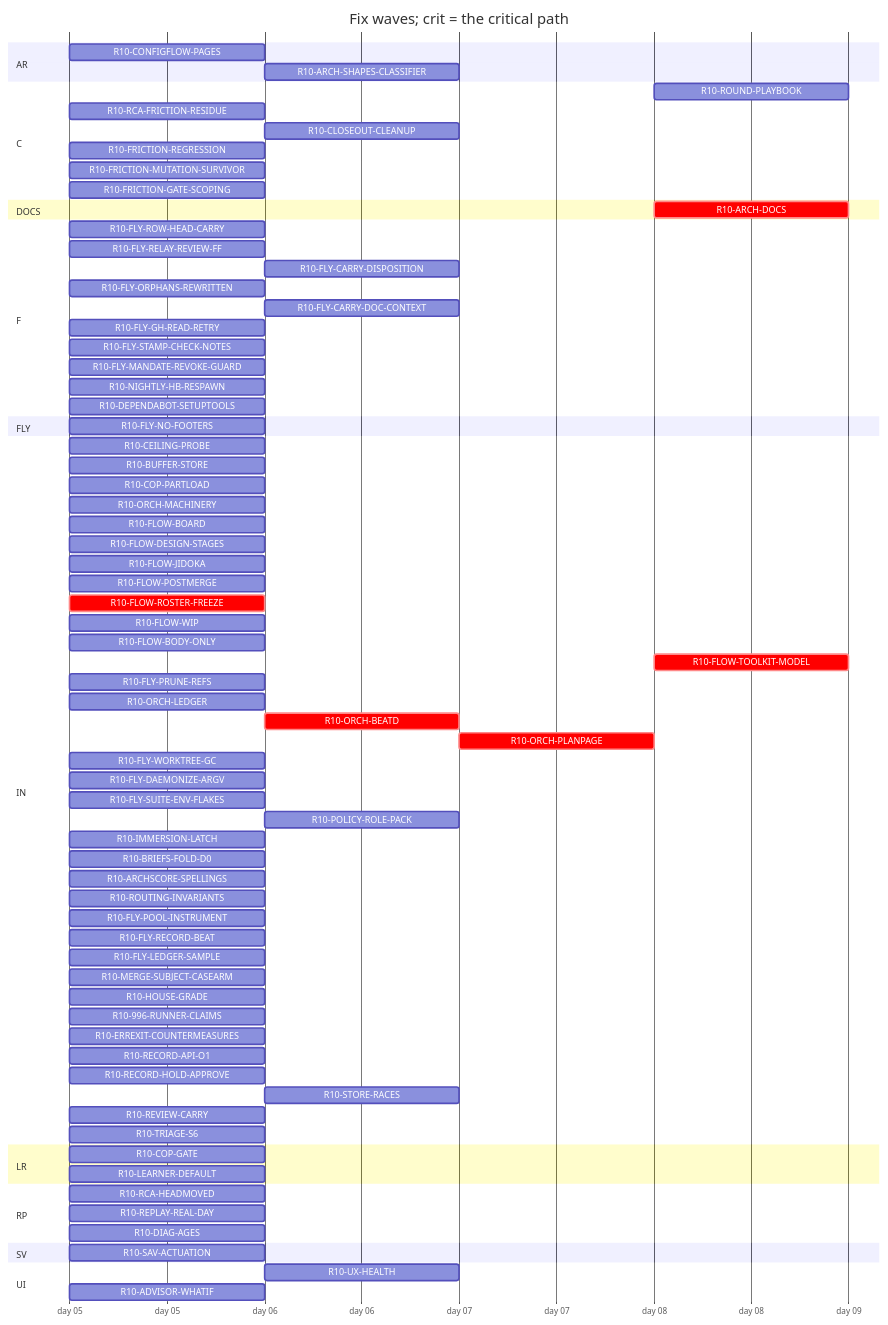
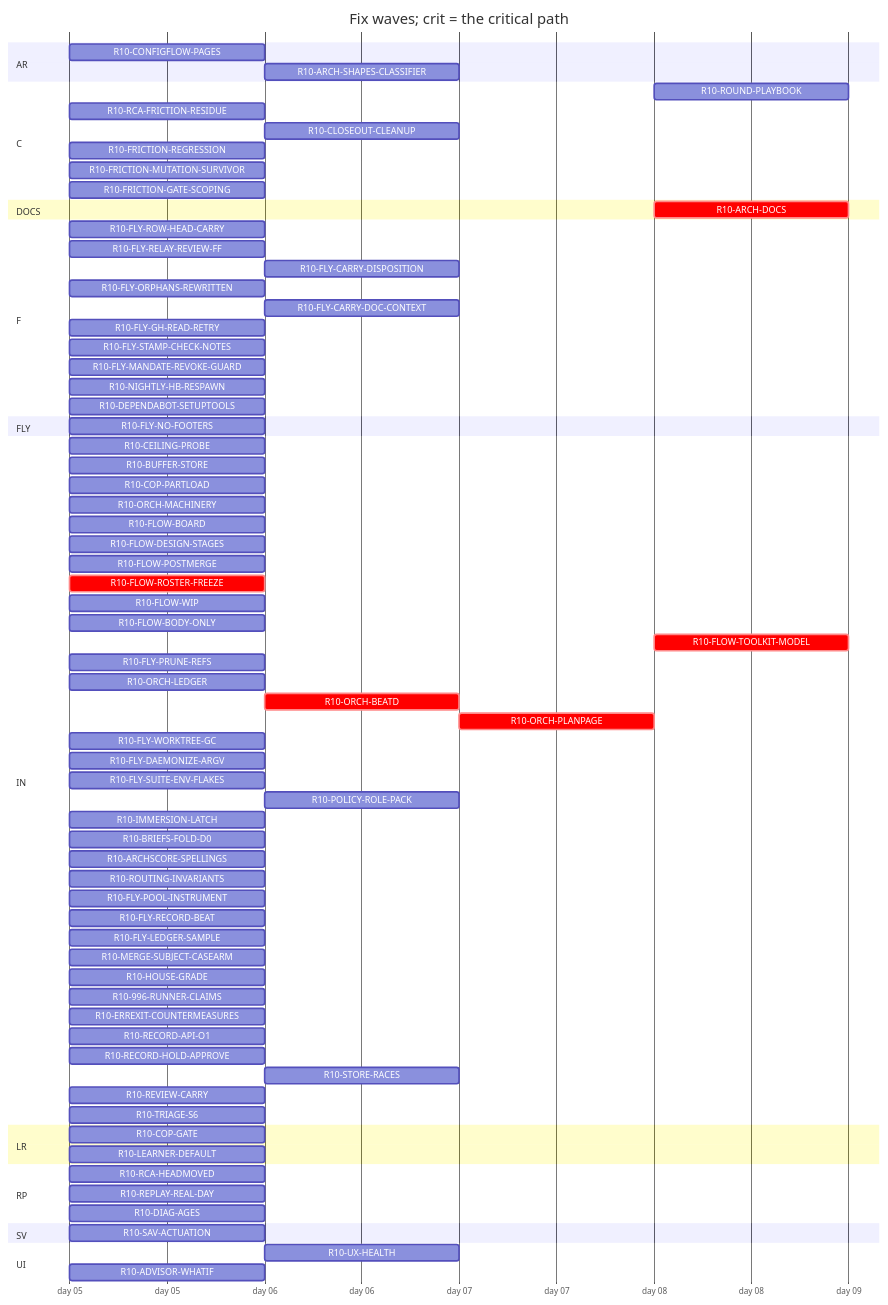
One commit to tvofi/heatpump_optimizer changed the diagram in handoff/round10/state/PLAN-TABLE.md. Above: the diagram before and after it, drawn with Mermaid. The commit also changed other lines of this file and 2 other files, not shown here.

````diff
--- a/handoff/round10/state/PLAN-TABLE.md
+++ b/handoff/round10/state/PLAN-TABLE.md
@@ -23,80 +23,79 @@
 ```mermaid
 gantt
   title Fix waves; crit = the critical path
   dateFormat YYYY-MM-DD
   axisFormat day %d
   section AR
     R10-CONFIGFLOW-PAGES :r10CONFIGFLOWPAGES, 2026-01-05, 1d
     R10-ARCH-SHAPES-CLASSIFIER :r10ARCHSHAPESCLASSIFIER, after r10996RUNNERCLAIMS, 1d
   section C
     R10-ROUND-PLAYBOOK :r10ROUNDPLAYBOOK, after r10ORCHLEDGER r10ORCHBEATD r10ORCHPLANPAGE r10FLYRELAYREVIEWFF r10FLOWROSTERFREEZE r10FLOWBODYONLY, 1d
     R10-RCA-FRICTION-RESIDUE :r10RCAFRICTIONRESIDUE, 2026-01-05, 1d
     R10-CLOSEOUT-CLEANUP :r10CLOSEOUTCLEANUP, after r10FLYPRUNEREFS r10FLYWORKTREEGC, 1d
     R10-FRICTION-REGRESSION :r10FRICTIONREGRESSION, 2026-01-05, 1d
     R10-FRICTION-MUTATION-SURVIVOR :r10FRICTIONMUTATIONSURVIVOR, 2026-01-05, 1d
     R10-FRICTION-GATE-SCOPING :r10FRICTIONGATESCOPING, 2026-01-05, 1d
   section DOCS
-    R10-ARCH-DOCS :crit, r10ARCHDOCS, after r10COPGATE r10UXHEALTH r10CONFIGFLOWPAGES r10RCAHEADMOVED r10CEILINGPROBE r10BUFFERSTORE r10COPPARTLOAD r10LEARNERDEFAULT r10FLOWBOARD r10FLOWDESIGNSTAGES r10FLOWJIDOKA r10FLOWPOSTMERGE r10FLOWROSTERFREEZE r10FLOWWIP r10FLOWBODYONLY r10FLYROWHEADCARRY r10FLYRELAYREVIEWFF r10FLYCARRYDISPOSITION r10FLYORPHANSREWRITTEN r10FLYCARRYDOCCONTEXT r10FLOWTOOLKITMODEL r10FLYSTAMPCHECKNOTES r10FLYMANDATEREVOKEGUARD r10RCAFRICTIONRESIDUE r10NIGHTLYHBRESPAWN r10FLYPRUNEREFS r10ORCHLEDGER r10ORCHBEATD r10ORCHPLANPAGE r10FLYWORKTREEGC r10FLYDAEMONIZEARGV r10POLICYROLEPACK r10IMMERSIONLATCH r10BRIEFSFOLDD0 r10REPLAYREALDAY r10ARCHSCORESPELLINGS r10SAVACTUATION r10FLYLEDGERSAMPLE, 1d
+    R10-ARCH-DOCS :crit, r10ARCHDOCS, after r10COPGATE r10UXHEALTH r10CONFIGFLOWPAGES r10RCAHEADMOVED r10CEILINGPROBE r10BUFFERSTORE r10COPPARTLOAD r10LEARNERDEFAULT r10FLOWBOARD r10FLOWDESIGNSTAGES r10FLOWPOSTMERGE r10FLOWROSTERFREEZE r10FLOWWIP r10FLOWBODYONLY r10FLYROWHEADCARRY r10FLYRELAYREVIEWFF r10FLYCARRYDISPOSITION r10FLYORPHANSREWRITTEN r10FLYCARRYDOCCONTEXT r10FLOWTOOLKITMODEL r10FLYSTAMPCHECKNOTES r10FLYMANDATEREVOKEGUARD r10RCAFRICTIONRESIDUE r10NIGHTLYHBRESPAWN r10FLYPRUNEREFS r10ORCHLEDGER r10ORCHBEATD r10ORCHPLANPAGE r10FLYWORKTREEGC r10FLYDAEMONIZEARGV r10POLICYROLEPACK r10IMMERSIONLATCH r10BRIEFSFOLDD0 r10REPLAYREALDAY r10ARCHSCORESPELLINGS r10SAVACTUATION r10FLYLEDGERSAMPLE, 1d
   section F
     R10-FLY-ROW-HEAD-CARRY :r10FLYROWHEADCARRY, 2026-01-05, 1d
     R10-FLY-RELAY-REVIEW-FF :r10FLYRELAYREVIEWFF, 2026-01-05, 1d
     R10-FLY-CARRY-DISPOSITION :r10FLYCARRYDISPOSITION, after r10FLYORPHANSREWRITTEN, 1d
     R10-FLY-ORPHANS-REWRITTEN :r10FLYORPHANSREWRITTEN, 2026-01-05, 1d
     R10-FLY-CARRY-DOC-CONTEXT :r10FLYCARRYDOCCONTEXT, after r10FLYGHREADRETRY, 1d
     R10-FLY-GH-READ-RETRY :r10FLYGHREADRETRY, 2026-01-05, 1d
     R10-FLY-STAMP-CHECK-NOTES :r10FLYSTAMPCHECKNOTES, 2026-01-05, 1d
     R10-FLY-MANDATE-REVOKE-GUARD :r10FLYMANDATEREVOKEGUARD, 2026-01-05, 1d
     R10-NIGHTLY-HB-RESPAWN :r10NIGHTLYHBRESPAWN, 2026-01-05, 1d
     R10-DEPENDABOT-SETUPTOOLS :r10DEPENDABOTSETUPTOOLS, 2026-01-05, 1d
   section FLY
     R10-FLY-NO-FOOTERS :r10FLYNOFOOTERS, 2026-01-05, 1d
   section IN
     R10-CEILING-PROBE :r10CEILINGPROBE, 2026-01-05, 1d
     R10-BUFFER-STORE :r10BUFFERSTORE, 2026-01-05, 1d
     R10-COP-PARTLOAD :r10COPPARTLOAD, 2026-01-05, 1d
     R10-ORCH-MACHINERY :r10ORCHMACHINERY, 2026-01-05, 1d
     R10-FLOW-BOARD :r10FLOWBOARD, 2026-01-05, 1d
     R10-FLOW-DESIGN-STAGES :r10FLOWDESIGNSTAGES, 2026-01-05, 1d
-    R10-FLOW-JIDOKA :r10FLOWJIDOKA, 2026-01-05, 1d
     R10-FLOW-POSTMERGE :r10FLOWPOSTMERGE, 2026-01-05, 1d
     R10-FLOW-ROSTER-FREEZE :crit, r10FLOWROSTERFREEZE, 2026-01-05, 1d
     R10-FLOW-WIP :r10FLOWWIP, 2026-01-05, 1d
     R10-FLOW-BODY-ONLY :r10FLOWBODYONLY, 2026-01-05, 1d
     R10-FLOW-TOOLKIT-MODEL :crit, r10FLOWTOOLKITMODEL, after r10ORCHPLANPAGE, 1d
     R10-FLY-PRUNE-REFS :r10FLYPRUNEREFS, 2026-01-05, 1d
     R10-ORCH-LEDGER :r10ORCHLEDGER, 2026-01-05, 1d
     R10-ORCH-BEATD :crit, r10ORCHBEATD, after r10FLOWROSTERFREEZE, 1d
     R10-ORCH-PLANPAGE :crit, r10ORCHPLANPAGE, after r10ORCHBEATD, 1d
     R10-FLY-WORKTREE-GC :r10FLYWORKTREEGC, 2026-01-05, 1d
     R10-FLY-DAEMONIZE-ARGV :r10FLYDAEMONIZEARGV, 2026-01-05, 1d
     R10-FLY-SUITE-ENV-FLAKES :r10FLYSUITEENVFLAKES, 2026-01-05, 1d
     R10-POLICY-ROLE-PACK :r10POLICYROLEPACK, after r10FLOWDESIGNSTAGES, 1d
     R10-IMMERSION-LATCH :r10IMMERSIONLATCH, 2026-01-05, 1d
     R10-BRIEFS-FOLD-D0 :r10BRIEFSFOLDD0, 2026-01-05, 1d
     R10-ARCHSCORE-SPELLINGS :r10ARCHSCORESPELLINGS, 2026-01-05, 1d
     R10-ROUTING-INVARIANTS :r10ROUTINGINVARIANTS, 2026-01-05, 1d
     R10-FLY-POOL-INSTRUMENT :r10FLYPOOLINSTRUMENT, 2026-01-05, 1d
     R10-FLY-RECORD-BEAT :r10FLYRECORDBEAT, 2026-01-05, 1d
     R10-FLY-LEDGER-SAMPLE :r10FLYLEDGERSAMPLE, 2026-01-05, 1d
     R10-MERGE-SUBJECT-CASEARM :r10MERGESUBJECTCASEARM, 2026-01-05, 1d
     R10-HOUSE-GRADE :r10HOUSEGRADE, 2026-01-05, 1d
     R10-996-RUNNER-CLAIMS :r10996RUNNERCLAIMS, 2026-01-05, 1d
     R10-ERREXIT-COUNTERMEASURES :r10ERREXITCOUNTERMEASURES, 2026-01-05, 1d
     R10-RECORD-API-O1 :r10RECORDAPIO1, 2026-01-05, 1d
     R10-RECORD-HOLD-APPROVE :r10RECORDHOLDAPPROVE, 2026-01-05, 1d
     R10-STORE-RACES :r10STORERACES, after r10BUFFERSTORE, 1d
     R10-REVIEW-CARRY :r10REVIEWCARRY, 2026-01-05, 1d
     R10-TRIAGE-S6 :r10TRIAGES6, 2026-01-05, 1d
   section LR
     R10-COP-GATE :r10COPGATE, 2026-01-05, 1d
     R10-LEARNER-DEFAULT :r10LEARNERDEFAULT, 2026-01-05, 1d
   section RP
     R10-RCA-HEADMOVED :r10RCAHEADMOVED, 2026-01-05, 1d
     R10-REPLAY-REAL-DAY :r10REPLAYREALDAY, 2026-01-05, 1d
     R10-DIAG-AGES :r10DIAGAGES, 2026-01-05, 1d
   section SV
     R10-SAV-ACTUATION :r10SAVACTUATION, 2026-01-05, 1d
   section UI
     R10-UX-HEALTH :r10UXHEALTH, after r10COPGATE, 1d
     R10-ADVISOR-WHATIF :r10ADVISORWHATIF, 2026-01-05, 1d
 ```
````
